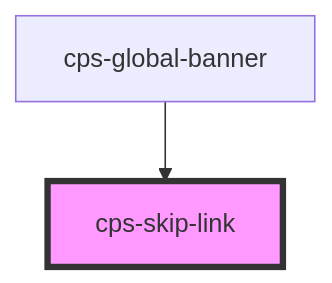
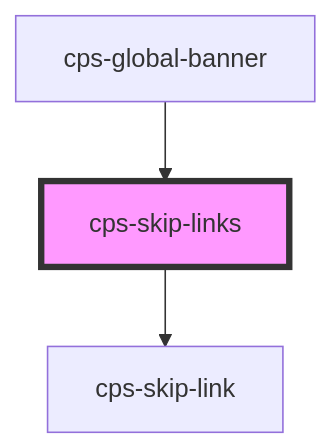
One commit to CPS-Innovation/global-components changed the diagram in packages/cps-global-components/src/components/common/readme.md. Above: the diagram before and after it, drawn with Mermaid. The commit also changed other lines of this file and 18 other files, not shown here.

Commit message:
#FCT2-19560 - add skip links for search and list areas of screens

````diff
--- a/packages/cps-global-components/src/components/common/readme.md
+++ b/packages/cps-global-components/src/components/common/readme.md
@@ -23,5 +19,6 @@
 ```mermaid
 graph TD;
-  cps-global-banner --> cps-skip-link
-  style cps-skip-link fill:#f9f,stroke:#333,stroke-width:4px
+  cps-skip-links --> cps-skip-link
+  cps-global-banner --> cps-skip-links
+  style cps-skip-links fill:#f9f,stroke:#333,stroke-width:4px
 ```
````
